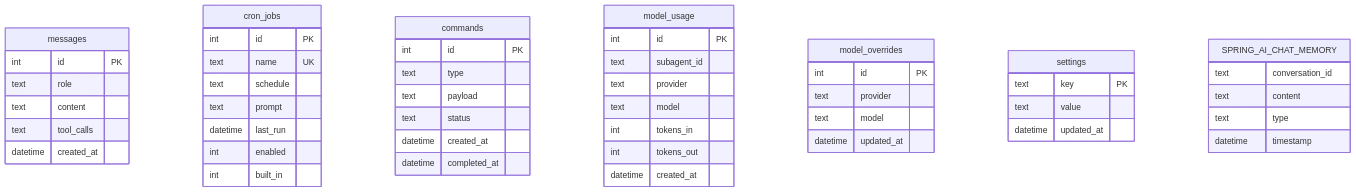
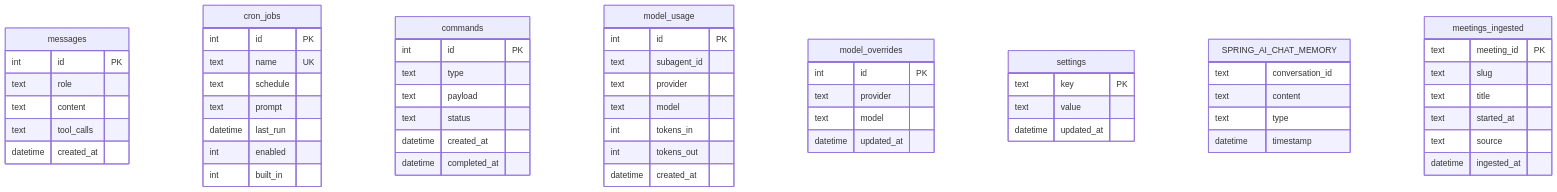
Before and after one commit to dbbaskette/herald: the fourth of 4 diagrams in README.md, drawn with Mermaid. The commit also changed other lines of this file, not shown here.

First line of the commit message:
docs(readme): document MeetingNotes integration + LM Studio discovery

````diff
--- a/README.md
+++ b/README.md
@@ -697,53 +727,61 @@
 ```mermaid
 erDiagram
     messages {
         int id PK
         text role
         text content
         text tool_calls
         datetime created_at
     }
     cron_jobs {
         int id PK
         text name UK
         text schedule
         text prompt
         datetime last_run
         int enabled
         int built_in
     }
     commands {
         int id PK
         text type
         text payload
         text status
         datetime created_at
         datetime completed_at
     }
     model_usage {
         int id PK
         text subagent_id
         text provider
         text model
         int tokens_in
         int tokens_out
         datetime created_at
     }
     model_overrides {
         int id PK
         text provider
         text model
         datetime updated_at
     }
     settings {
         text key PK
         text value
         datetime updated_at
     }
     SPRING_AI_CHAT_MEMORY {
         text conversation_id
         text content
         text type
         datetime timestamp
     }
+    meetings_ingested {
+        text meeting_id PK
+        text slug
+        text title
+        text started_at
+        text source
+        datetime ingested_at
+    }
 ```
````
